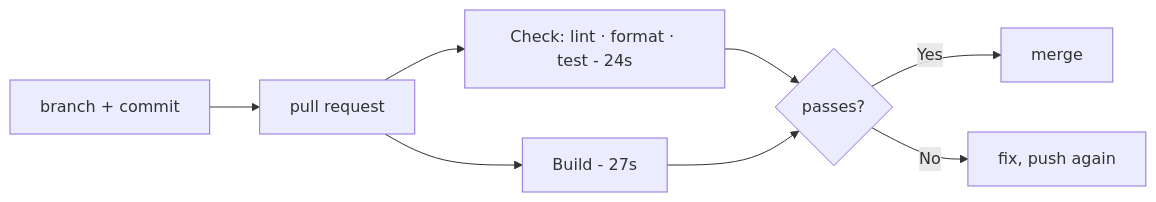
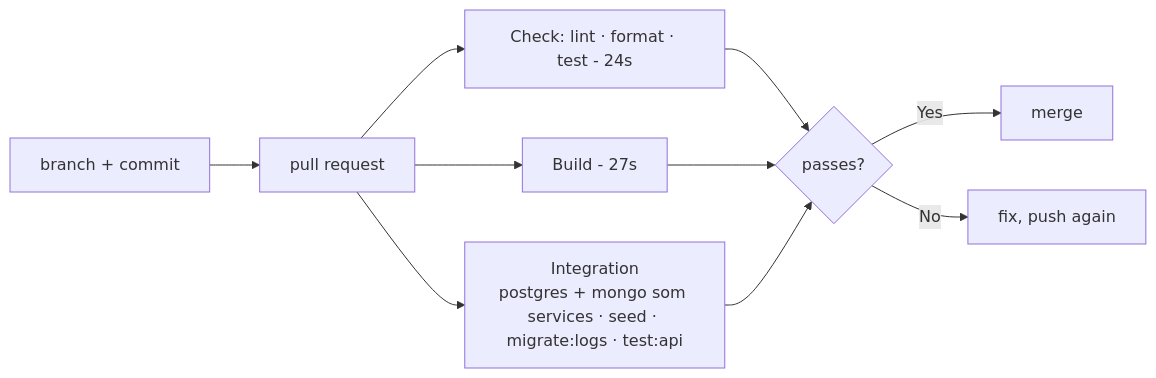
The diagram in docs/pipeline.md (i-nywall/utpost), drawn with Mermaid before and after one commit. The commit also changed other lines of this file and 2 other files, not shown here.

Commit message:
ci: integration job with postgres and mongo services

````diff
--- a/docs/pipeline.md
+++ b/docs/pipeline.md
@@ -1,10 +3,12 @@
 ```mermaid
 flowchart LR
   B[branch + commit] --> PR[pull request]
   PR --> Q[Check: lint · format · test - 24s]
   PR --> BU[Build - 27s]
+  PR --> I[Integration<br/>postgres + mongo som services · seed · migrate:logs · test:api]
   Q --> S{passes?}
   BU --> S
+  I --> S
   S -->|Yes| M[merge]
   S -->|No| F[fix, push again]
 ```
````
